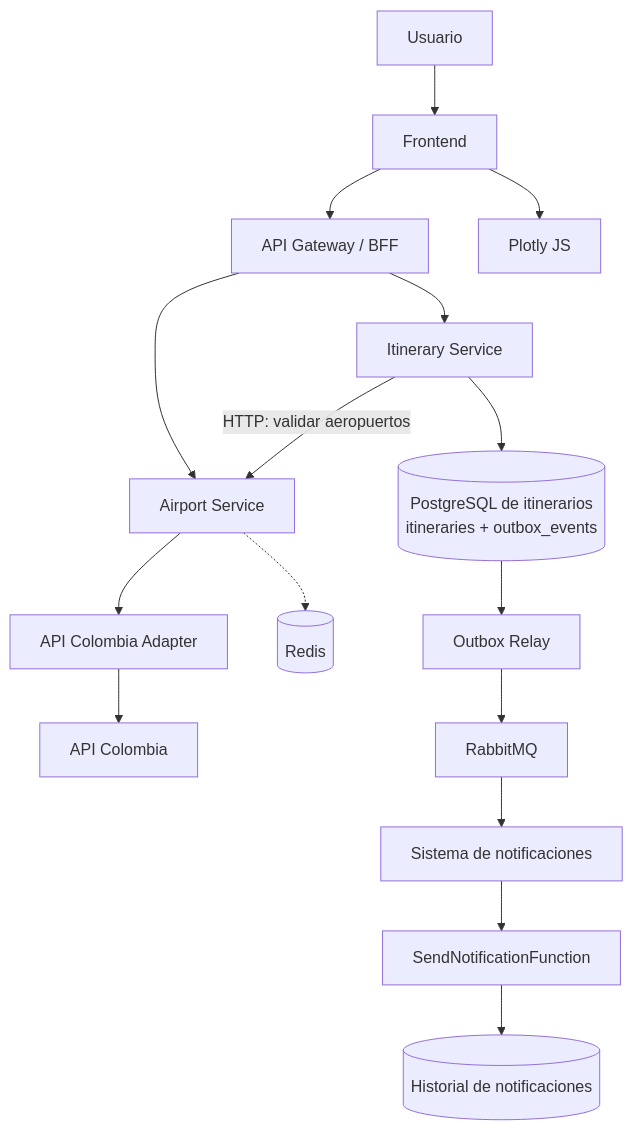
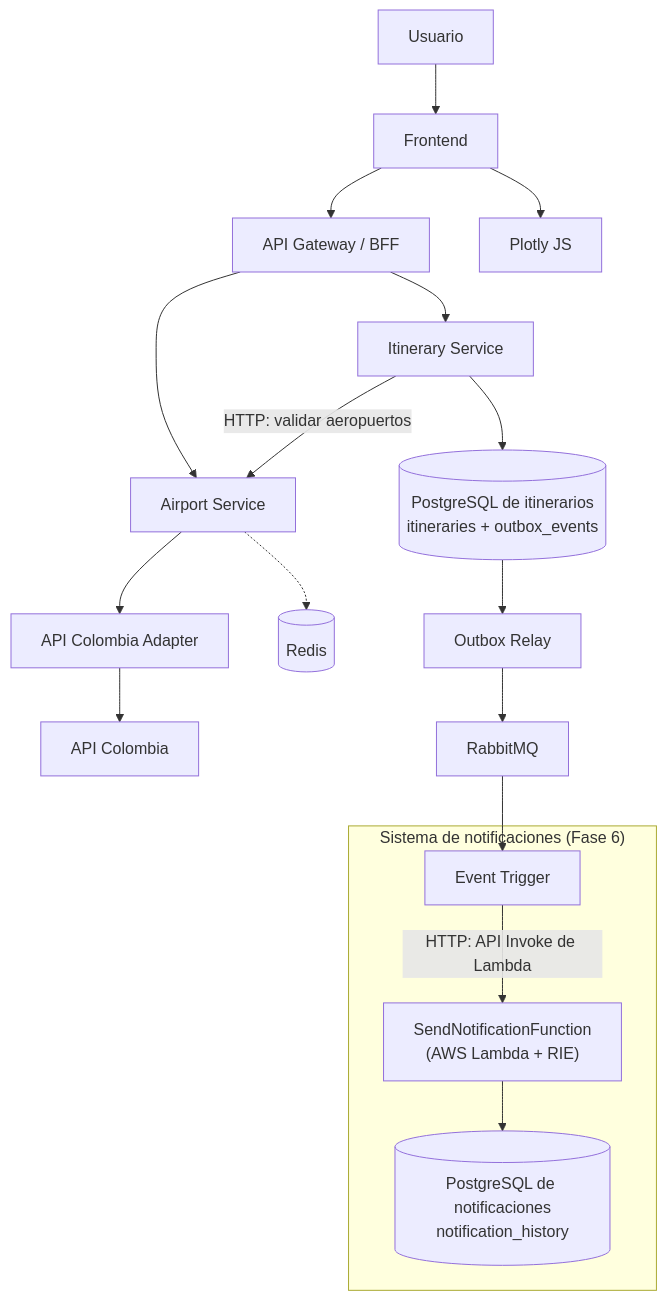
One commit to JUANGR12192004/sistema-itinerarios-personales changed the first of 6 diagrams in docs/05-diagramas.md. Above: the diagram before and after it, drawn with Mermaid. The commit also changed other lines of this file and 11 other files, not shown here.

Commit message:
docs: documenta la Fase 6 (FaaS, Event Trigger, DLQ, orden de arranque y demostración de punta a punta)

````diff
--- a/docs/05-diagramas.md
+++ b/docs/05-diagramas.md
@@ -6,24 +6,29 @@
 ```mermaid
 flowchart TB
     U[Usuario] --> FE[Frontend]
     FE --> GW[API Gateway / BFF]
 
     GW --> AS[Airport Service]
     GW --> IS[Itinerary Service]
 
     IS -->|HTTP: validar aeropuertos| AS
     AS --> AD[API Colombia Adapter]
     AD --> EXT[API Colombia]
 
     AS -.-> REDIS[(Redis)]
 
     IS --> DBI[(PostgreSQL de itinerarios<br/>itineraries + outbox_events)]
     DBI --> PUB[Outbox Relay]
     PUB --> RMQ[RabbitMQ]
 
-    RMQ --> NS[Sistema de notificaciones]
-    NS --> FN[SendNotificationFunction]
-    FN --> NH[(Historial de notificaciones)]
+    subgraph NS["Sistema de notificaciones (Fase 6)"]
+        TR[Event Trigger]
+        FN["SendNotificationFunction<br/>(AWS Lambda + RIE)"]
+        NH[("PostgreSQL de notificaciones<br/>notification_history")]
+        TR -->|"HTTP: API Invoke de Lambda"| FN
+        FN --> NH
+    end
+    RMQ --> TR
 
     FE --> MAP[Plotly JS]
 ```
````
